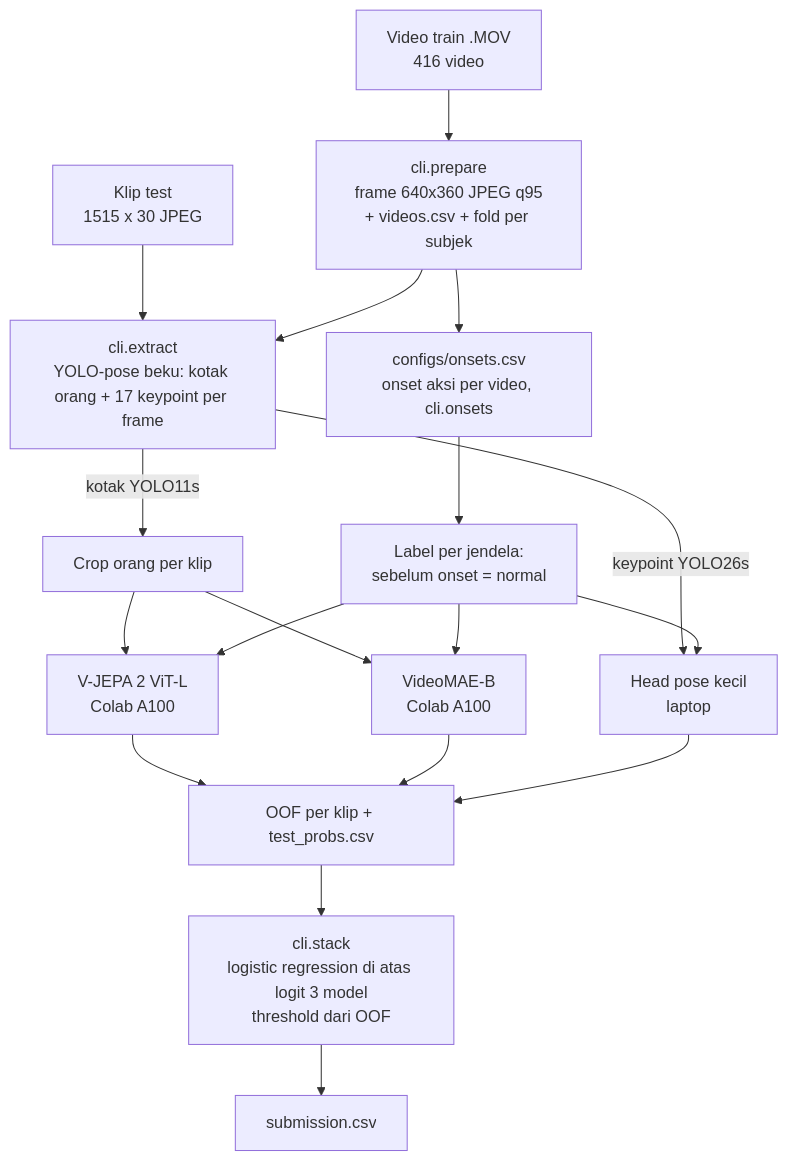
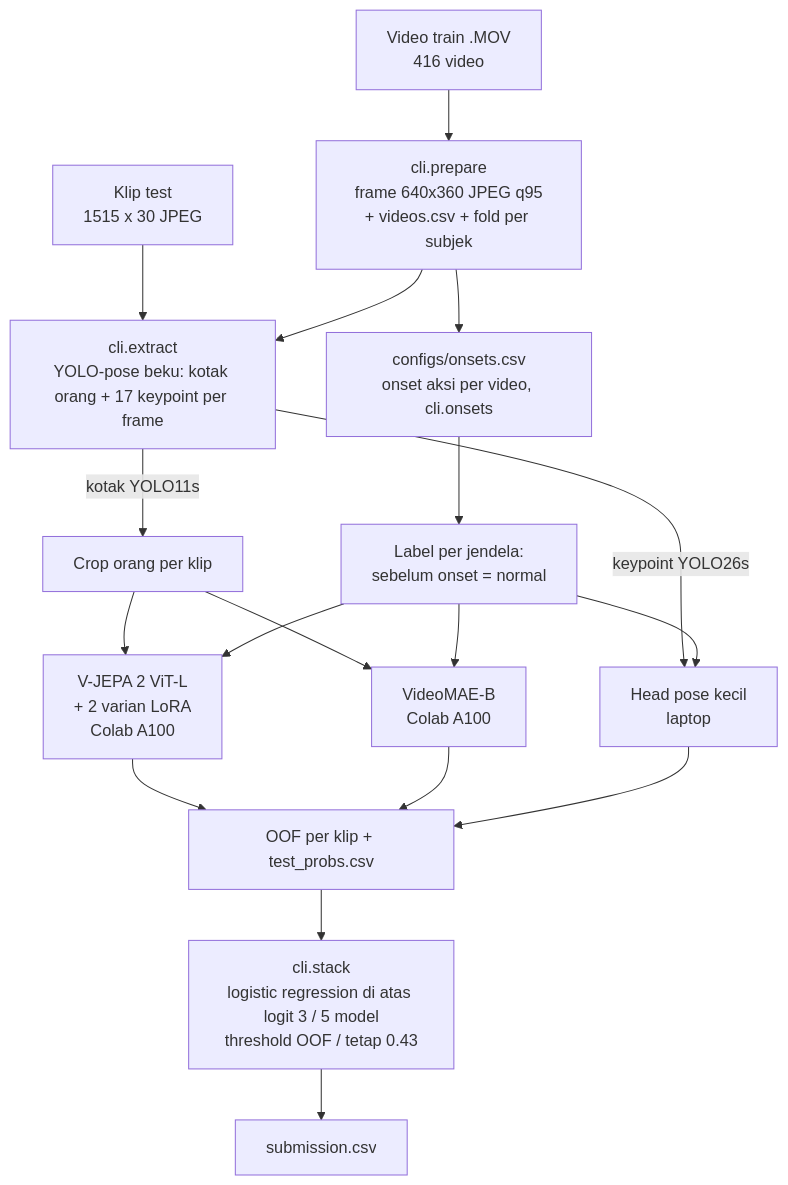
The first of 5 diagrams in README.md (LhoWann/competitionDS26), drawn with Mermaid before and after one commit. The commit also changed other lines of this file and 20 other files, not shown here.

````diff
--- a/README.md
+++ b/README.md
@@ -112,20 +120,20 @@
 ```mermaid
 flowchart TD
     A[Video train .MOV<br>416 video] --> B[cli.prepare<br>frame 640x360 JPEG q95<br>+ videos.csv + fold per subjek]
     T[Klip test<br>1515 x 30 JPEG] --> X
     B --> X[cli.extract<br>YOLO-pose beku: kotak orang + 17 keypoint per frame]
     B --> ON[configs/onsets.csv<br>onset aksi per video, cli.onsets]
     ON --> L[Label per jendela:<br>sebelum onset = normal]
     X -->|kotak YOLO11s| C[Crop orang per klip]
-    C --> M1[V-JEPA 2 ViT-L<br>Colab A100]
+    C --> M1[V-JEPA 2 ViT-L<br>+ 2 varian LoRA<br>Colab A100]
     C --> M2[VideoMAE-B<br>Colab A100]
     X -->|keypoint YOLO26s| M3[Head pose kecil<br>laptop]
     L --> M1
     L --> M2
     L --> M3
     M1 --> O[OOF per klip + test_probs.csv]
     M2 --> O
     M3 --> O
-    O --> E[cli.stack<br>logistic regression di atas logit 3 model<br>threshold dari OOF]
+    O --> E[cli.stack<br>logistic regression di atas logit 3 / 5 model<br>threshold OOF / tetap 0.43]
     E --> S[submission.csv]
 ```
````
